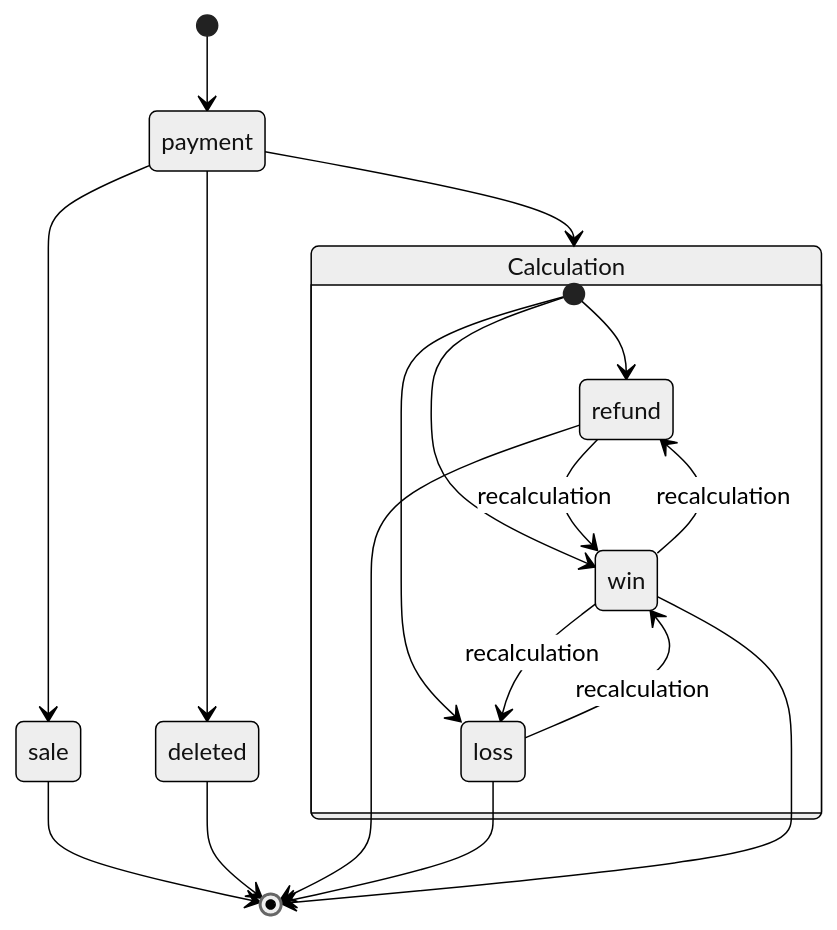
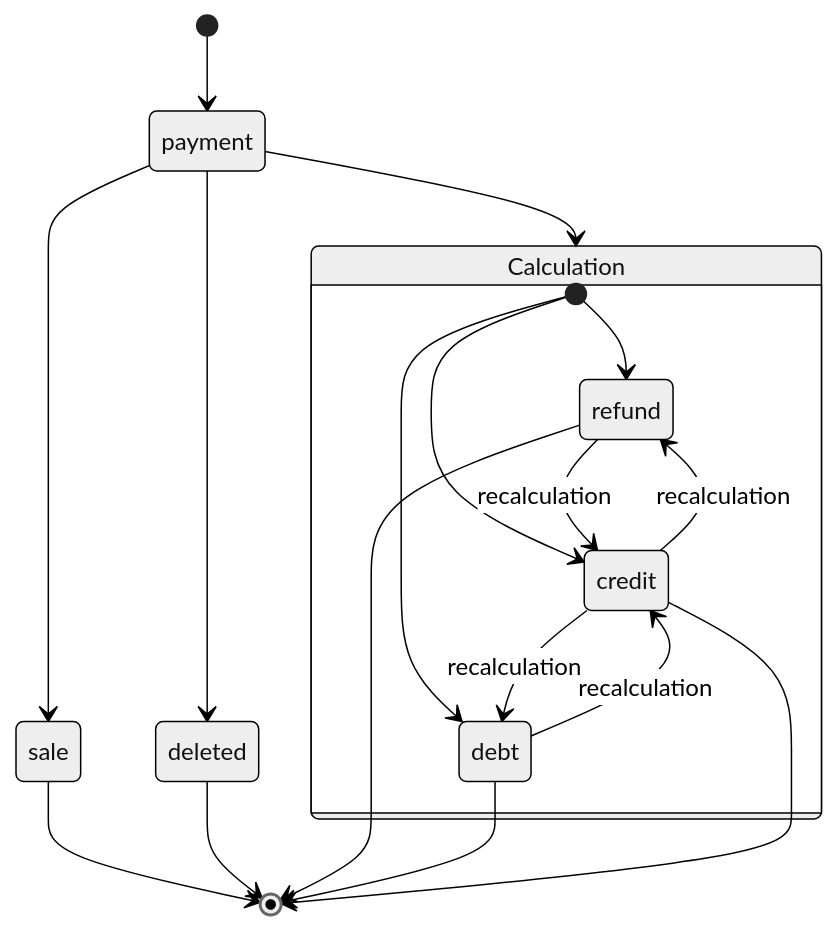
Before and after one commit to Maeret/iframe-doc: the diagram in src/components/_diagPayment.mdx, drawn with Mermaid (neutral theme). The commit also changed 20 other files, not shown here.

````diff
--- a/src/components/_diagPayment.mdx
+++ b/src/components/_diagPayment.mdx
@@ -1,29 +1,29 @@
 ```mermaid
 stateDiagram-v2
   state Calculation {
     [*] --> refund
-    [*] --> win
-    [*] --> loss
+    [*] --> credit
+    [*] --> debt
   }
 
 
   [*] --> payment
 
   payment --> Calculation
   payment --> sale
   payment --> deleted
 
   sale --> [*]
 
   deleted --> [*]
 
-  refund --> win: recalculation
+  refund --> credit: recalculation
   refund --> [*]
 
-  loss --> win: recalculation
-  loss --> [*]
+  debt --> credit: recalculation
+  debt --> [*]
 
-  win --> refund: recalculation
-  win --> loss: recalculation
-  win --> [*]
+  credit --> refund: recalculation
+  credit --> debt: recalculation
+  credit --> [*]
 ```
````
